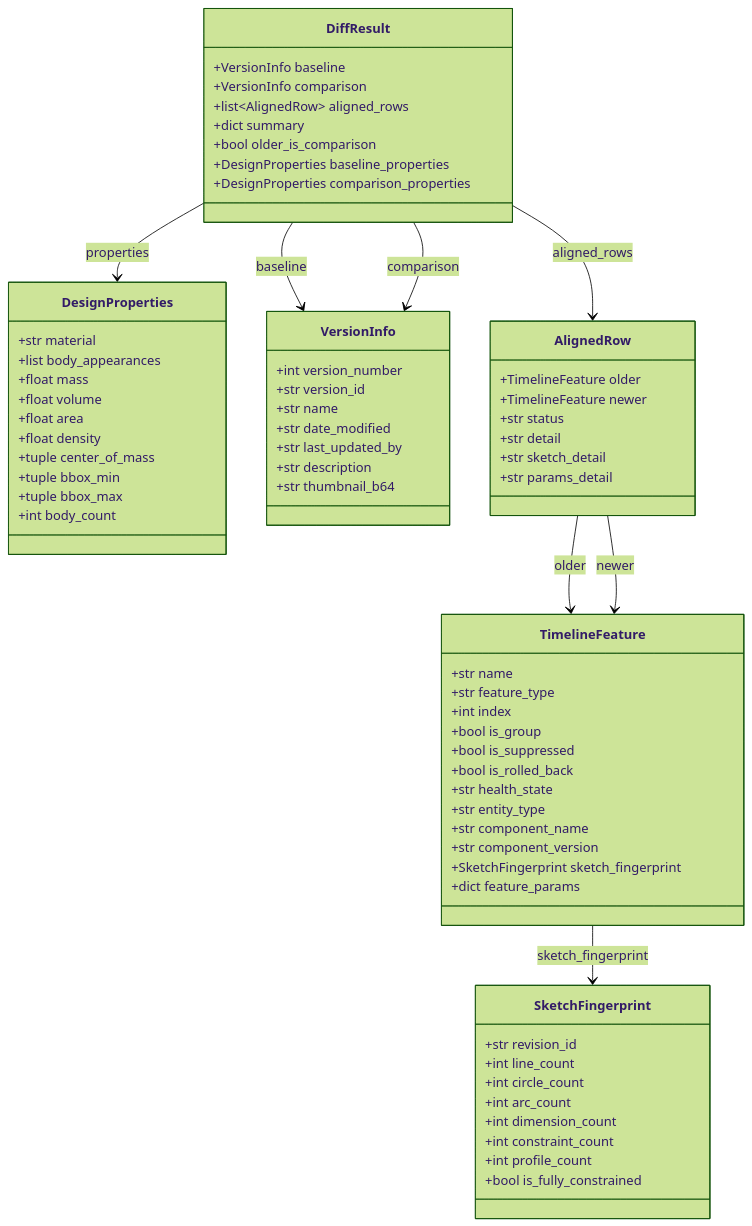
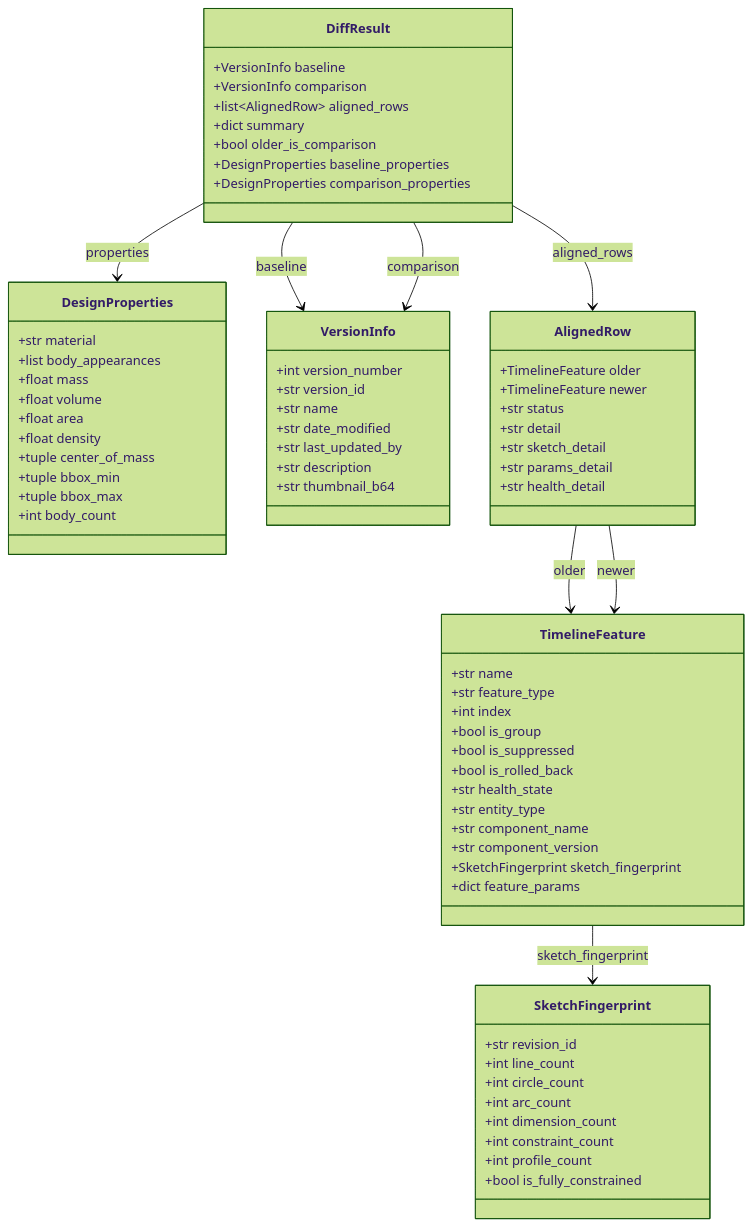
Before and after one commit to schneik80/PowerTools-Version-Diff: the fourth of 4 diagrams in docs/Version Diff.md, drawn with Mermaid (forest theme). The commit also changed other lines of this file and 4 other files, not shown here.

````diff
--- a/docs/Version Diff.md
+++ b/docs/Version Diff.md
@@ -213,78 +217,79 @@
 ```mermaid
 classDiagram
     class TimelineFeature {
         +str name
         +str feature_type
         +int index
         +bool is_group
         +bool is_suppressed
         +bool is_rolled_back
         +str health_state
         +str entity_type
         +str component_name
         +str component_version
         +SketchFingerprint sketch_fingerprint
         +dict feature_params
     }
 
     class SketchFingerprint {
         +str revision_id
         +int line_count
         +int circle_count
         +int arc_count
         +int dimension_count
         +int constraint_count
         +int profile_count
         +bool is_fully_constrained
     }
 
     class DesignProperties {
         +str material
         +list body_appearances
         +float mass
         +float volume
         +float area
         +float density
         +tuple center_of_mass
         +tuple bbox_min
         +tuple bbox_max
         +int body_count
     }
 
     class VersionInfo {
         +int version_number
         +str version_id
         +str name
         +str date_modified
         +str last_updated_by
         +str description
         +str thumbnail_b64
     }
 
     class AlignedRow {
         +TimelineFeature older
         +TimelineFeature newer
         +str status
         +str detail
         +str sketch_detail
         +str params_detail
+        +str health_detail
     }
 
     class DiffResult {
         +VersionInfo baseline
         +VersionInfo comparison
         +list~AlignedRow~ aligned_rows
         +dict summary
         +bool older_is_comparison
         +DesignProperties baseline_properties
         +DesignProperties comparison_properties
     }
 
     DiffResult --> VersionInfo : baseline
     DiffResult --> VersionInfo : comparison
     DiffResult --> AlignedRow : aligned_rows
     DiffResult --> DesignProperties : properties
     AlignedRow --> TimelineFeature : older
     AlignedRow --> TimelineFeature : newer
     TimelineFeature --> SketchFingerprint : sketch_fingerprint
 ```
````
